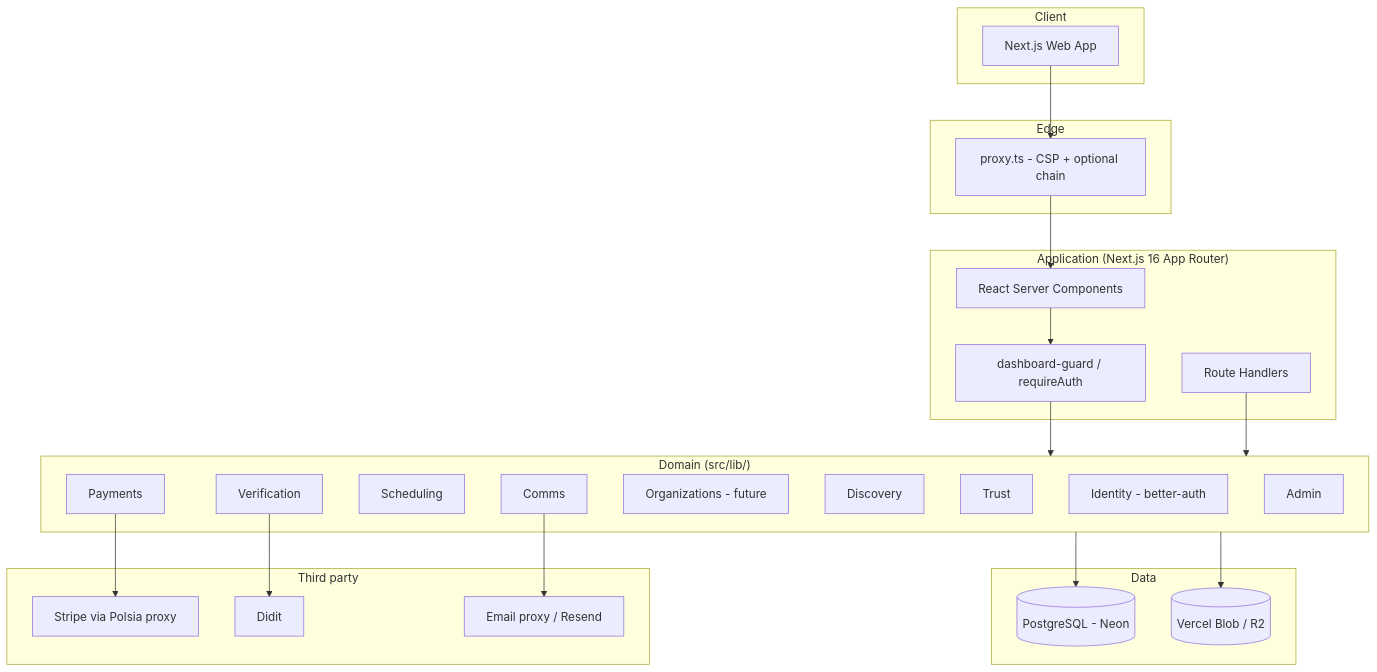
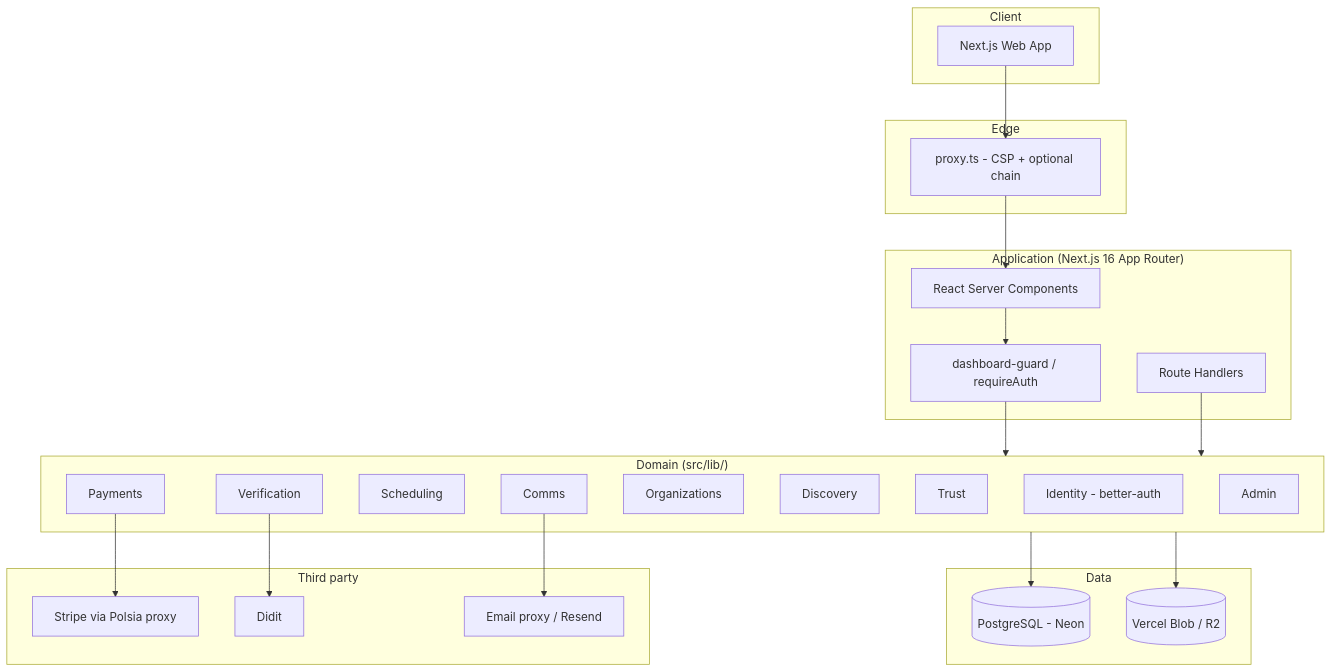
The diagram in docs/architecture.md (RookieProgrammer45/korprivat), drawn with Mermaid before and after one commit. The commit also changed other lines of this file and 8 other files, not shown here.

Commit message:
feat(orgs): add Organization and Membership schema, record 8% school commission (ADR-004)

````diff
--- a/docs/architecture.md
+++ b/docs/architecture.md
@@ -68,48 +69,48 @@
 ```mermaid
 flowchart TB
   subgraph Client
     WEB[Next.js Web App]
   end
 
   subgraph Edge["Edge"]
     PROXY[proxy.ts - CSP + optional chain]
   end
 
   subgraph App["Application (Next.js 16 App Router)"]
     RSC[React Server Components]
     API[Route Handlers]
     GUARD[dashboard-guard / requireAuth]
   end
 
   subgraph Domain["Domain (src/lib/)"]
     IDENT[Identity - better-auth]
     VERIF[Verification]
     BOOK[Scheduling]
     PAY[Payments]
-    ORG[Organizations - future]
+    ORG[Organizations]
     DISC[Discovery]
     REV[Trust]
     COMM[Comms]
     ADMIN[Admin]
   end
 
   subgraph Data["Data"]
     PG[(PostgreSQL - Neon)]
     BLOB[(Vercel Blob / R2)]
   end
 
   subgraph Third["Third party"]
     STRIPE[Stripe via Polsia proxy]
     DIDIT[Didit]
     EMAIL[Email proxy / Resend]
   end
 
   WEB --> PROXY --> RSC
   RSC --> GUARD --> Domain
   API --> Domain
   Domain --> PG
   Domain --> BLOB
   PAY --> STRIPE
   VERIF --> DIDIT
   COMM --> EMAIL
 ```
````
